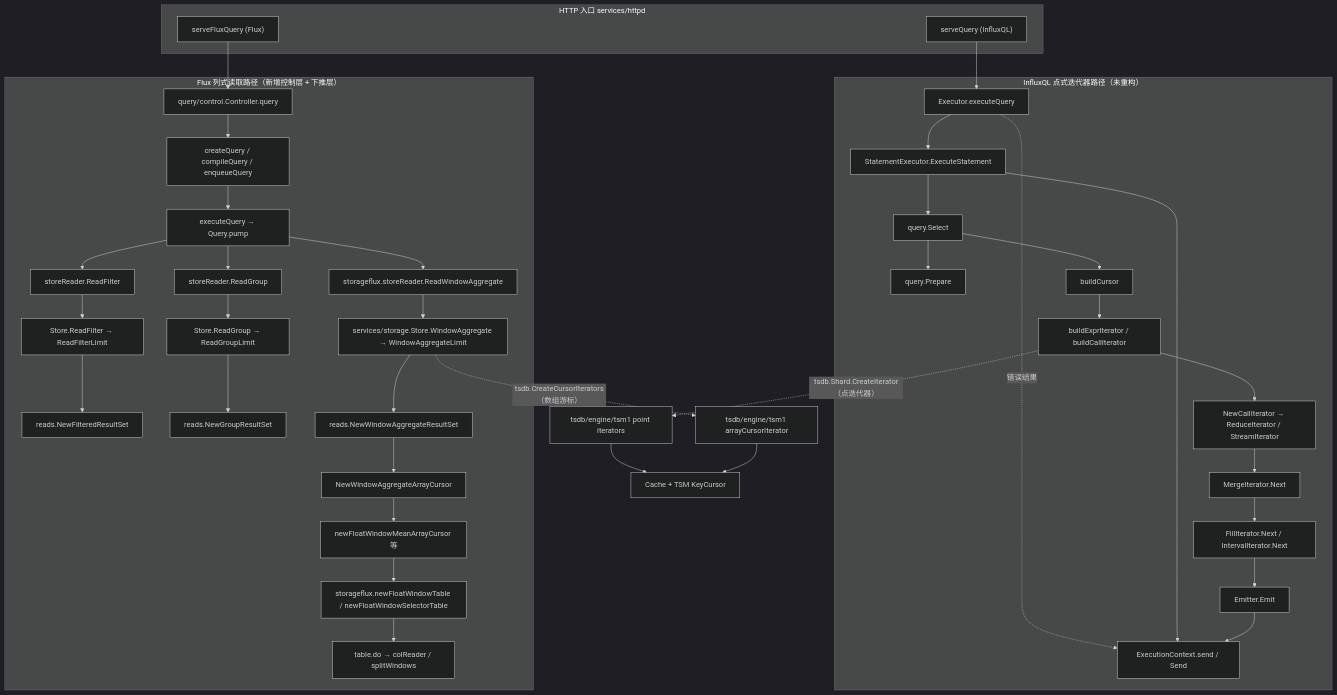
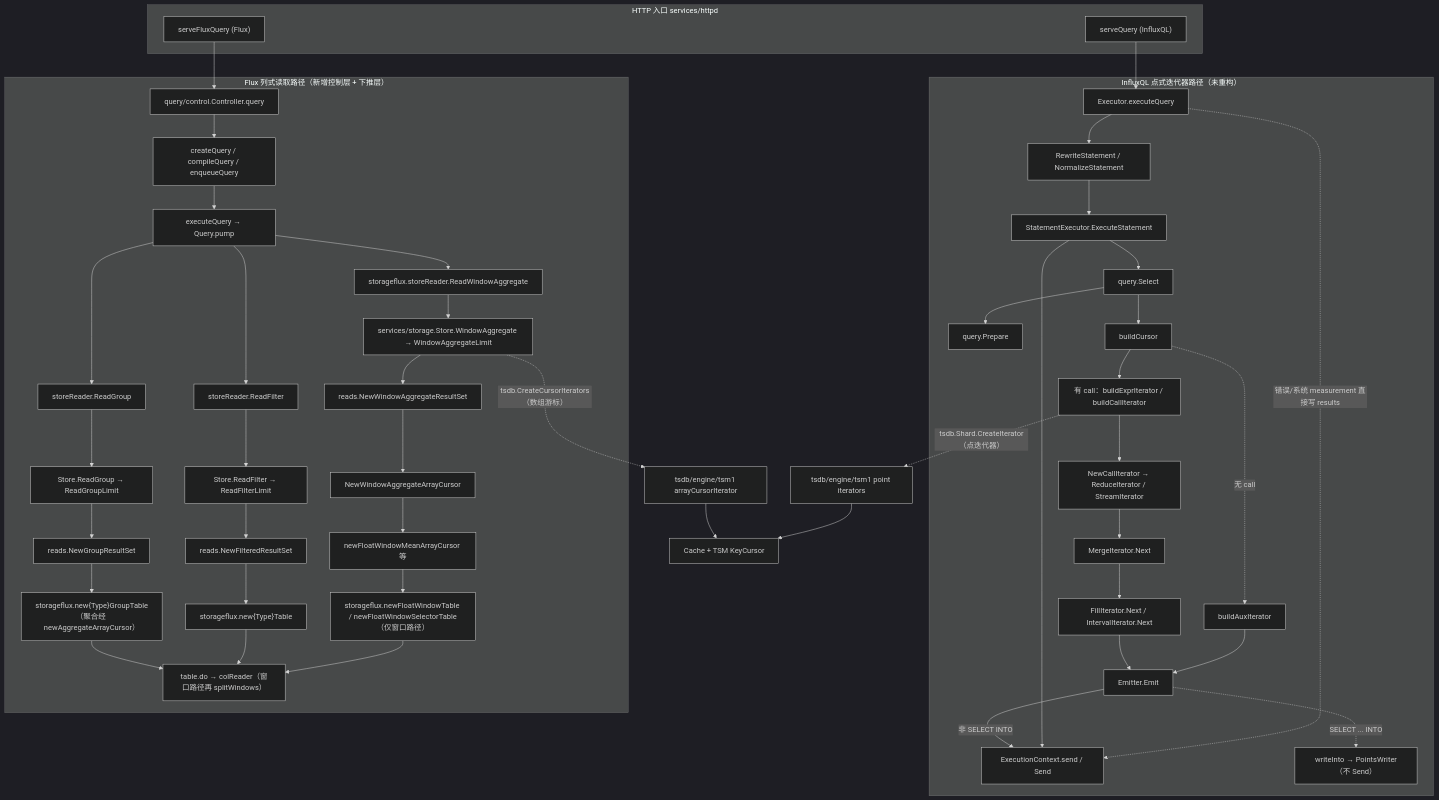
The first of 3 diagrams in docs/specs/v1.8.10-vs-v1.12.3/03_query_engine_diff.md (stefanv5/influxdb), drawn with Mermaid (dark theme) before and after one commit. The commit also changed other lines of this file and 18 other files, not shown here.

````diff
--- a/docs/specs/v1.8.10-vs-v1.12.3/03_query_engine_diff.md
+++ b/docs/specs/v1.8.10-vs-v1.12.3/03_query_engine_diff.md
@@ -81,47 +81,55 @@
 ```mermaid
 flowchart TB
     subgraph HTTP["HTTP 入口 services/httpd"]
         H1["serveQuery (InfluxQL)"]
         H2["serveFluxQuery (Flux)"]
     end
 
     subgraph IQ["InfluxQL 点式迭代器路径（未重构）"]
-        I1["Executor.executeQuery"] --> I3["StatementExecutor.ExecuteStatement"]
-        I1 -. "错误结果" .-> I2["ExecutionContext.send / Send"]
+        I1["Executor.executeQuery"] --> I1b["RewriteStatement / NormalizeStatement"]
+        I1 -. "错误/系统 measurement 直接写 results" .-> I2["ExecutionContext.send / Send"]
+        I1b --> I3["StatementExecutor.ExecuteStatement"]
         I3 --> I4["query.Select"]
         I3 --> I2
         I4 --> I5["query.Prepare"]
         I4 --> I6["buildCursor"]
-        I6 --> I7["buildExprIterator / buildCallIterator"]
+        I6 --> I7["有 call：buildExprIterator / buildCallIterator"]
+        I6 -. "无 call" .-> I7b["buildAuxIterator"]
         I7 --> I8["NewCallIterator → ReduceIterator / StreamIterator"]
+        I7b --> I11
         I8 --> I9["MergeIterator.Next"]
         I9 --> I10["FillIterator.Next / IntervalIterator.Next"]
         I10 --> I11["Emitter.Emit"]
-        I11 --> I2
+        I11 -->|"非 SELECT INTO"| I2
+        I11 -. "SELECT ... INTO" .-> I12["writeInto → PointsWriter（不 Send）"]
     end
 
     subgraph FX["Flux 列式读取路径（新增控制层 + 下推层）"]
         F1["query/control.Controller.query"] --> F2["createQuery / compileQuery / enqueueQuery"]
         F2 --> F3["executeQuery → Query.pump"]
         F3 --> F4a["storageflux.storeReader.ReadWindowAggregate"]
         F4a --> F5["services/storage.Store.WindowAggregate → WindowAggregateLimit"]
         F3 --> F4b["storeReader.ReadFilter"]
         F4b --> F5b["Store.ReadFilter → ReadFilterLimit"]
         F5b --> F6b["reads.NewFilteredResultSet"]
+        F6b --> F9b["storageflux.new{Type}Table"]
         F3 --> F4c["storeReader.ReadGroup"]
         F4c --> F5c["Store.ReadGroup → ReadGroupLimit"]
         F5c --> F6c["reads.NewGroupResultSet"]
+        F6c --> F9c["storageflux.new{Type}GroupTable（聚合经 newAggregateArrayCursor）"]
         F5 --> F6["reads.NewWindowAggregateResultSet"]
         F6 --> F7["NewWindowAggregateArrayCursor"]
         F7 --> F8["newFloatWindowMeanArrayCursor 等"]
-        F8 --> F9["storageflux.newFloatWindowTable / newFloatWindowSelectorTable"]
-        F9 --> F10["table.do → colReader / splitWindows"]
+        F8 --> F9["storageflux.newFloatWindowTable / newFloatWindowSelectorTable（仅窗口路径）"]
+        F9 --> F10["table.do → colReader（窗口路径再 splitWindows）"]
+        F9b --> F10
+        F9c --> F10
     end
 
     H1 --> I1
     H2 --> F1
     I7 -. "tsdb.Shard.CreateIterator（点迭代器）" .-> T1["tsdb/engine/tsm1 point iterators"]
     F5 -. "tsdb.CreateCursorIterators（数组游标）" .-> T2["tsdb/engine/tsm1 arrayCursorIterator"]
     T1 --> T3["Cache + TSM KeyCursor"]
     T2 --> T3
 ```
````
